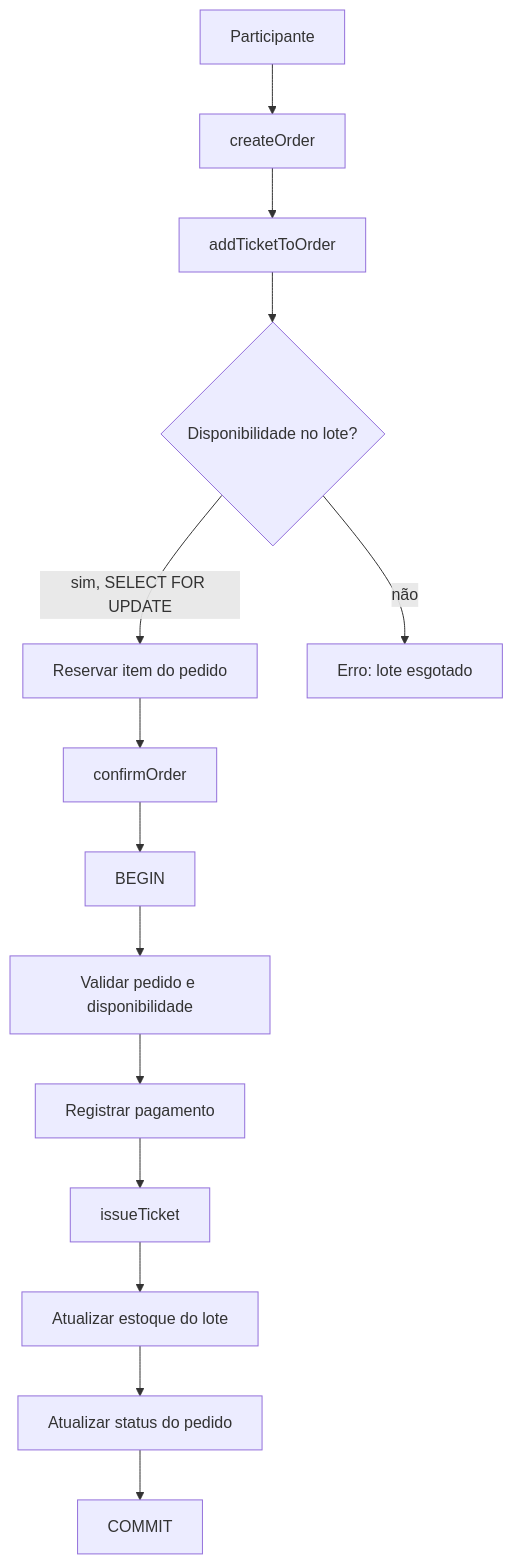
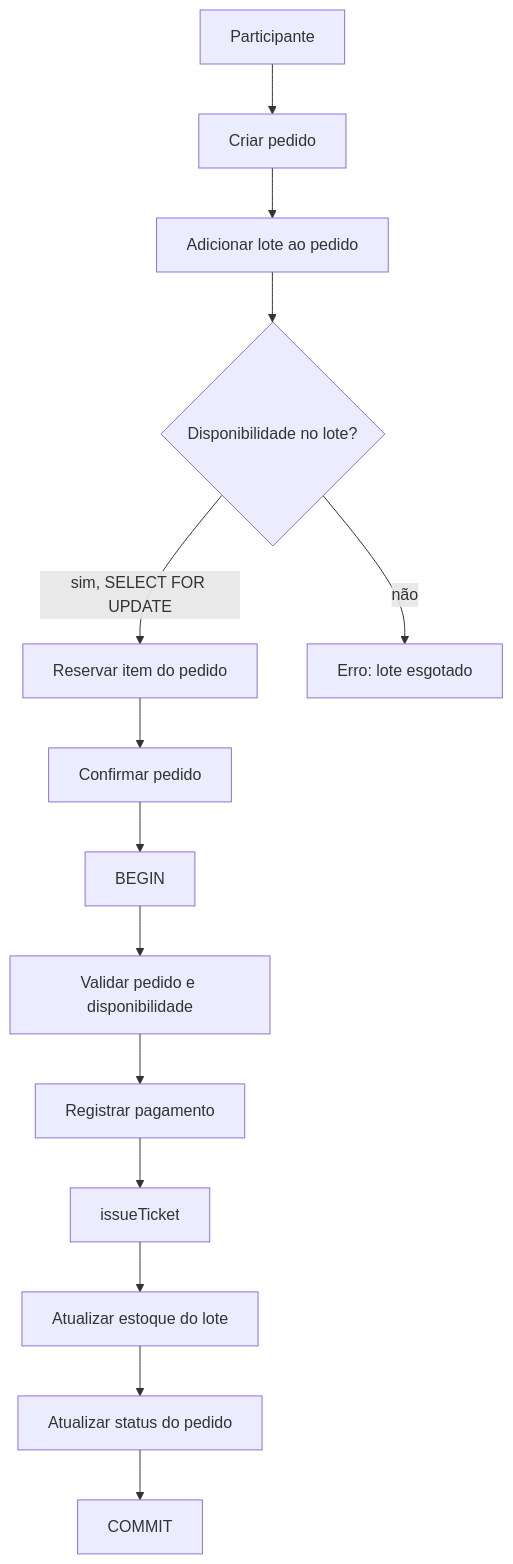
The fourth of 9 diagrams in ducktix/docs/fluxos.md (uBrunoow/ducktix), drawn with Mermaid before and after one commit. The commit also changed other lines of this file and 27 other files, not shown here.

````diff
--- a/ducktix/docs/fluxos.md
+++ b/ducktix/docs/fluxos.md
@@ -64,16 +63,16 @@
 ```mermaid
 graph TD
-    A[Participante] --> B[createOrder]
-    B --> C[addTicketToOrder]
+    A[Participante] --> B[Criar pedido]
+    B --> C[Adicionar lote ao pedido]
     C --> D{Disponibilidade no lote?}
     D -->|sim, SELECT FOR UPDATE| E[Reservar item do pedido]
     D -->|não| F[Erro: lote esgotado]
-    E --> G[confirmOrder]
+    E --> G[Confirmar pedido]
     G --> H[BEGIN]
     H --> I[Validar pedido e disponibilidade]
     I --> J[Registrar pagamento]
     J --> K[issueTicket]
     K --> L[Atualizar estoque do lote]
     L --> M[Atualizar status do pedido]
     M --> N[COMMIT]
 ```
````
